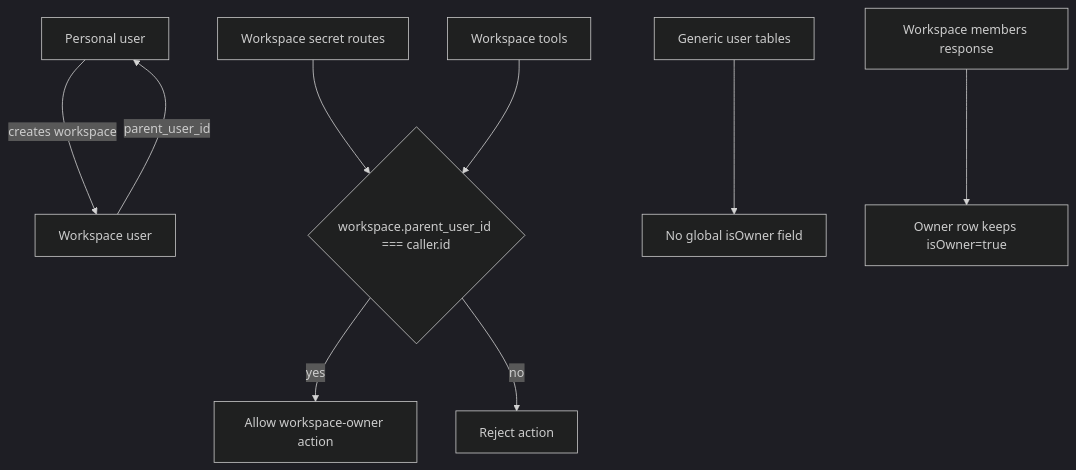
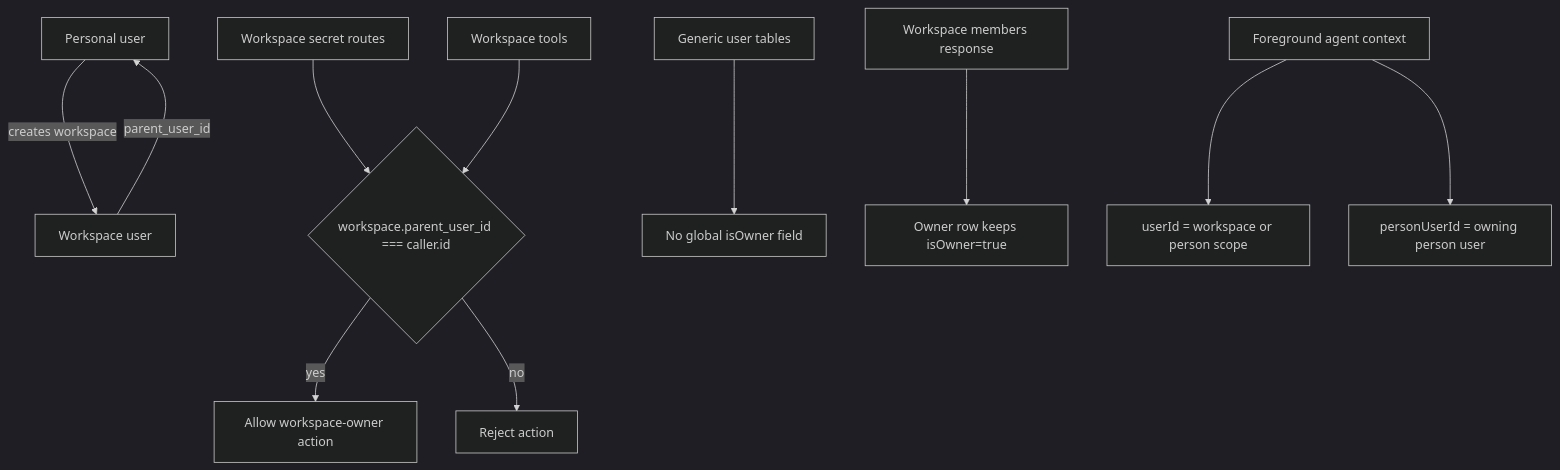
Before and after one commit to ex3ndr/daycare: the diagram in doc/20260308-remove-global-user-owner.md, drawn with Mermaid (dark theme). The commit also changed other lines of this file and 17 other files, not shown here.

````diff
--- a/doc/20260308-remove-global-user-owner.md
+++ b/doc/20260308-remove-global-user-owner.md
@@ -15,11 +18,13 @@
 ```mermaid
 flowchart TD
     A[Personal user] -->|creates workspace| B[Workspace user]
     B -->|parent_user_id| A
     C[Workspace secret routes] --> D{workspace.parent_user_id === caller.id}
     E[Workspace tools] --> D
     D -->|yes| F[Allow workspace-owner action]
     D -->|no| G[Reject action]
     H[Generic user tables] --> I[No global isOwner field]
     J[Workspace members response] --> K[Owner row keeps isOwner=true]
+    L[Foreground agent context] --> M[userId = workspace or person scope]
+    L --> N[personUserId = owning person user]
 ```
````
